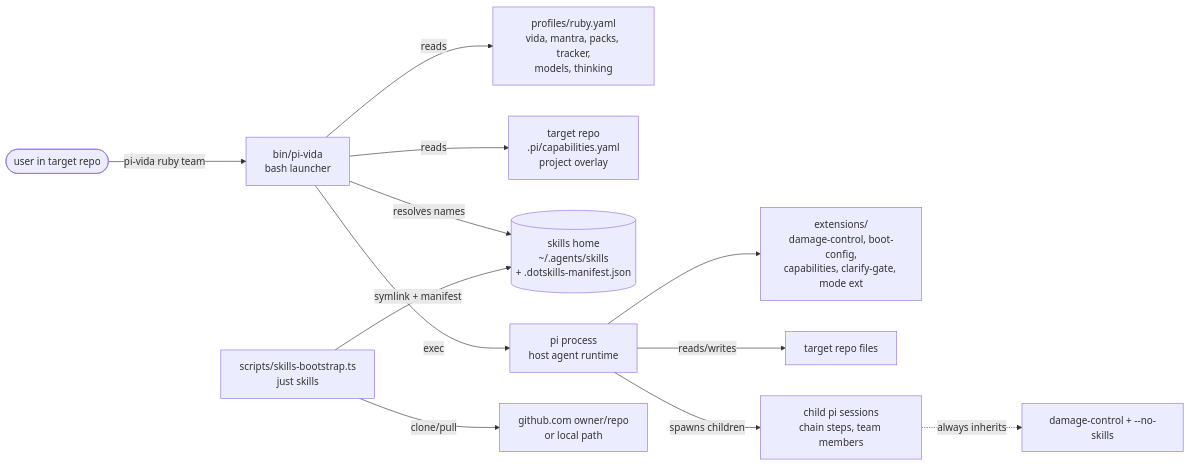
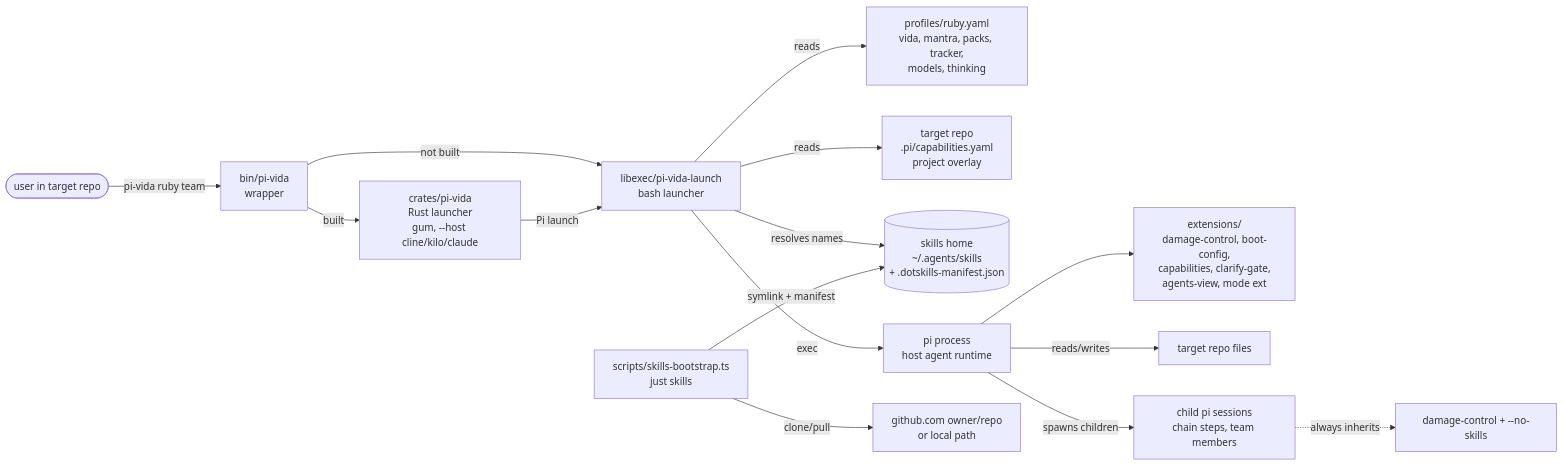
The first of 4 diagrams in ARCHITECTURE.md (igmarin/pi-vida), drawn with Mermaid before and after one commit. The commit also changed other lines of this file and 10 other files, not shown here.

````diff
--- a/ARCHITECTURE.md
+++ b/ARCHITECTURE.md
@@ -21,14 +20,17 @@
 ```mermaid
 flowchart LR
-    user([user in target repo]) -->|pi-vida ruby team| PL[bin/pi-vida<br/>bash launcher]
+    user([user in target repo]) -->|pi-vida ruby team| WRAP[bin/pi-vida<br/>wrapper]
+    WRAP -->|built| RUST[crates/pi-vida<br/>Rust launcher<br/>gum, --host cline/kilo/claude]
+    WRAP -->|not built| PL[libexec/pi-vida-launch<br/>bash launcher]
+    RUST -->|Pi launch| PL
     PL -->|reads| PROF[profiles/ruby.yaml<br/>vida, mantra, packs, tracker,<br/>models, thinking]
     PL -->|reads| OV[target repo<br/>.pi/capabilities.yaml<br/>project overlay]
     PL -->|resolves names| SH[(skills home<br/>~/.agents/skills<br/>+ .dotskills-manifest.json)]
     PL -->|exec| PI[pi process<br/>host agent runtime]
-    PI --> EXT[extensions/<br/>damage-control, boot-config,<br/>capabilities, clarify-gate, mode ext]
+    PI --> EXT[extensions/<br/>damage-control, boot-config,<br/>capabilities, clarify-gate,<br/>agents-view, mode ext]
     PI -->|reads/writes| REPO[target repo files]
     PI -->|spawns children| CHILD[child pi sessions<br/>chain steps, team members]
     CHILD -.->|always inherits| DC[damage-control + --no-skills]
     BOOT[scripts/skills-bootstrap.ts<br/>just skills] -->|clone/pull| GH[github.com owner/repo<br/>or local path]
     BOOT -->|symlink + manifest| SH
 ```
````
